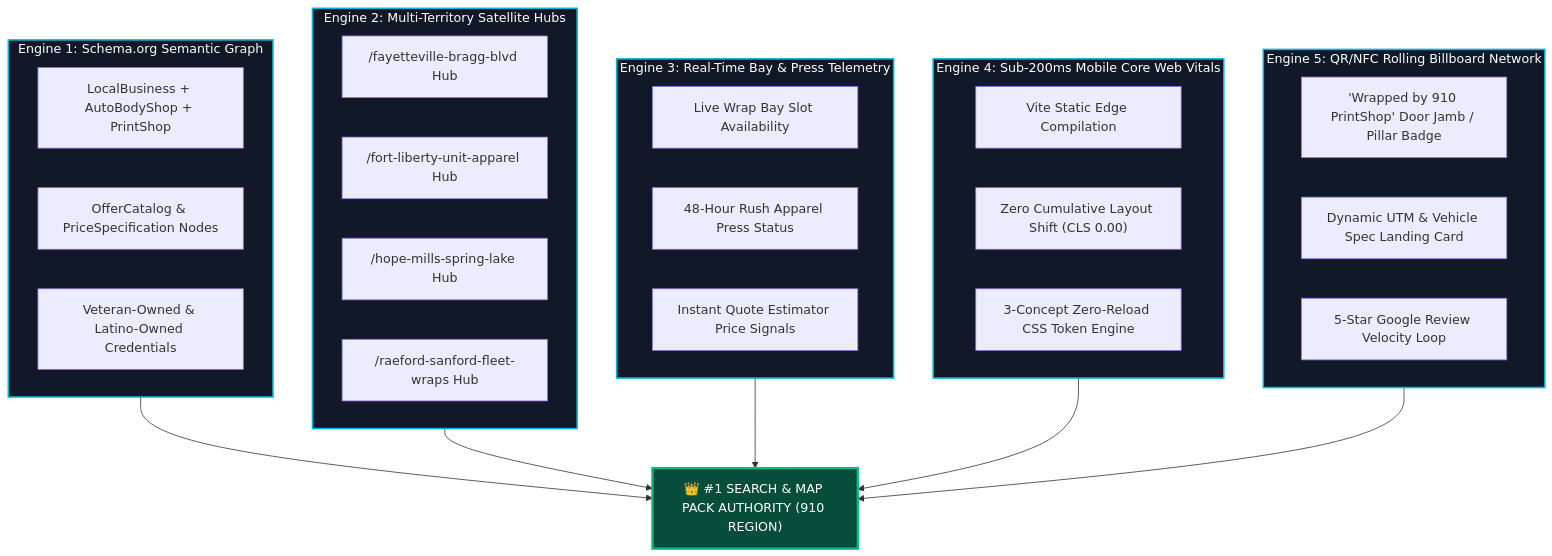
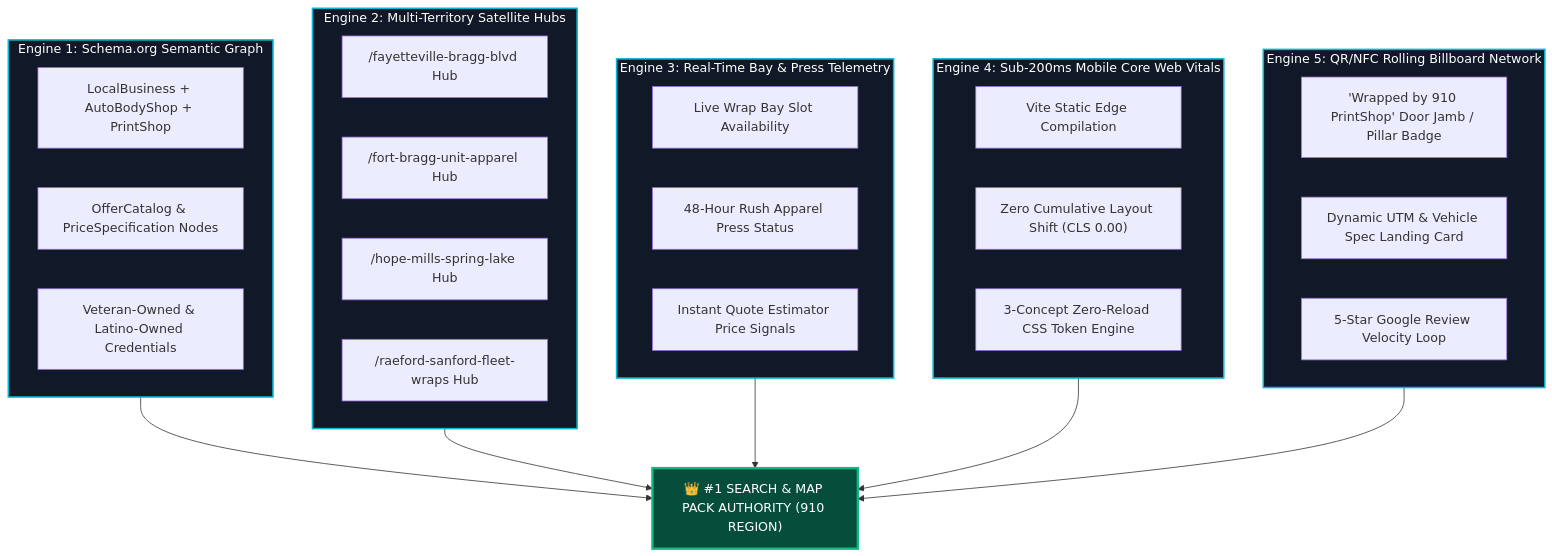
Before and after one commit to Reign3418/910printshop: the first of 2 diagrams in WHITE_PAPER_DISCOVERY.md, drawn with Mermaid. The commit also changed other lines of this file and 17 other files, not shown here.

Commit message:
fix(copy): enforce Fort Bragg / Ft. Bragg across all UI, Schema.org, and documentation

````diff
--- a/WHITE_PAPER_DISCOVERY.md
+++ b/WHITE_PAPER_DISCOVERY.md
@@ -64,44 +64,44 @@
 ```mermaid
 graph TD
     subgraph E1 ["Engine 1: Schema.org Semantic Graph"]
         S1["LocalBusiness + AutoBodyShop + PrintShop"]
         S2["OfferCatalog & PriceSpecification Nodes"]
         S3["Veteran-Owned & Latino-Owned Credentials"]
     end
 
     subgraph E2 ["Engine 2: Multi-Territory Satellite Hubs"]
         L1["/fayetteville-bragg-blvd Hub"]
-        L2["/fort-liberty-unit-apparel Hub"]
+        L2["/fort-bragg-unit-apparel Hub"]
         L3["/hope-mills-spring-lake Hub"]
         L4["/raeford-sanford-fleet-wraps Hub"]
     end
 
     subgraph E3 ["Engine 3: Real-Time Bay & Press Telemetry"]
         R1["Live Wrap Bay Slot Availability"]
         R2["48-Hour Rush Apparel Press Status"]
         R3["Instant Quote Estimator Price Signals"]
     end
 
     subgraph E4 ["Engine 4: Sub-200ms Mobile Core Web Vitals"]
         V1["Vite Static Edge Compilation"]
         V2["Zero Cumulative Layout Shift (CLS 0.00)"]
         V3["3-Concept Zero-Reload CSS Token Engine"]
     end
 
     subgraph E5 ["Engine 5: QR/NFC Rolling Billboard Network"]
         Q1["'Wrapped by 910 PrintShop' Door Jamb / Pillar Badge"]
         Q2["Dynamic UTM & Vehicle Spec Landing Card"]
         Q3["5-Star Google Review Velocity Loop"]
     end
 
     E1 --> DOMINANCE["👑 #1 SEARCH & MAP PACK AUTHORITY (910 REGION)"]
     E2 --> DOMINANCE
     E3 --> DOMINANCE
     E4 --> DOMINANCE
     E5 --> DOMINANCE
 
     classDef engine fill:#111827,stroke:#06b6d4,stroke-width:2px,color:#ffffff;
     classDef target fill:#064e3b,stroke:#10b981,stroke-width:3px,color:#ffffff;
     class E1,E2,E3,E4,E5 engine;
     class DOMINANCE target;
 ```
````
